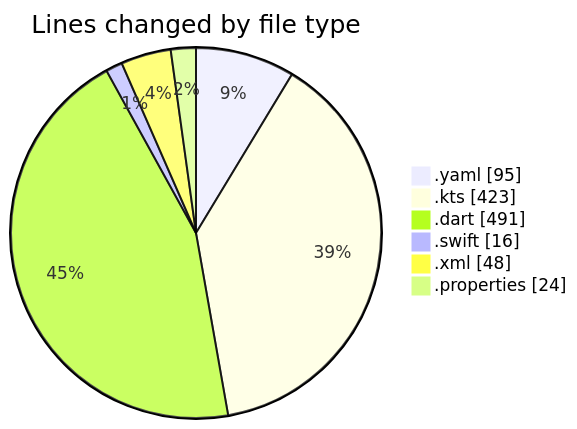
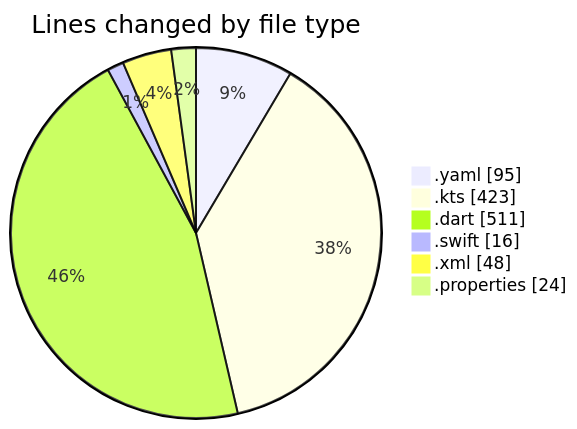
One commit to donsfak/code-tracking changed the first of 2 diagrams in 2025-02-16/uber_clone/README.md. Above: the diagram before and after it, drawn with Mermaid. The commit also changed other lines of this file and 1 other file, not shown here.

````diff
--- a/2025-02-16/uber_clone/README.md
+++ b/2025-02-16/uber_clone/README.md
@@ -30,10 +31,10 @@
 ```mermaid
 pie showData
 title Lines changed by file type
 ".yaml" : 95
 ".kts" : 423
-".dart" : 491
+".dart" : 511
 ".swift" : 16
 ".xml" : 48
 ".properties" : 24
 ```
````
